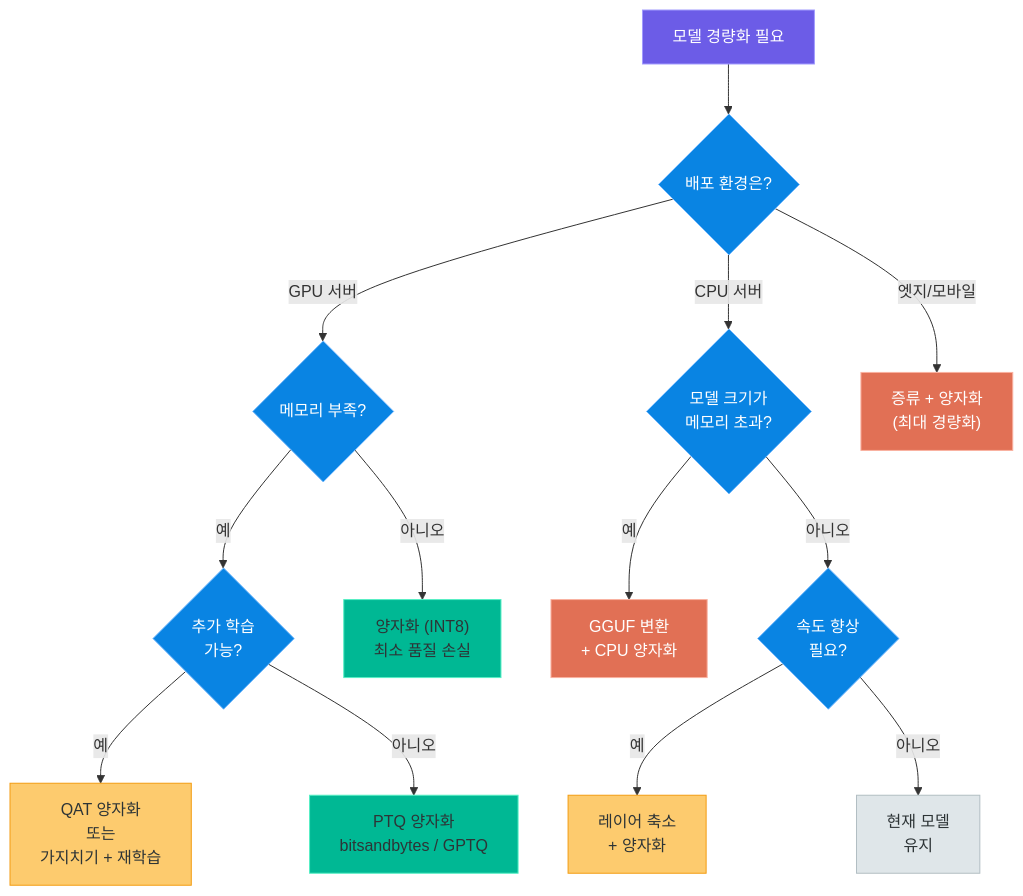
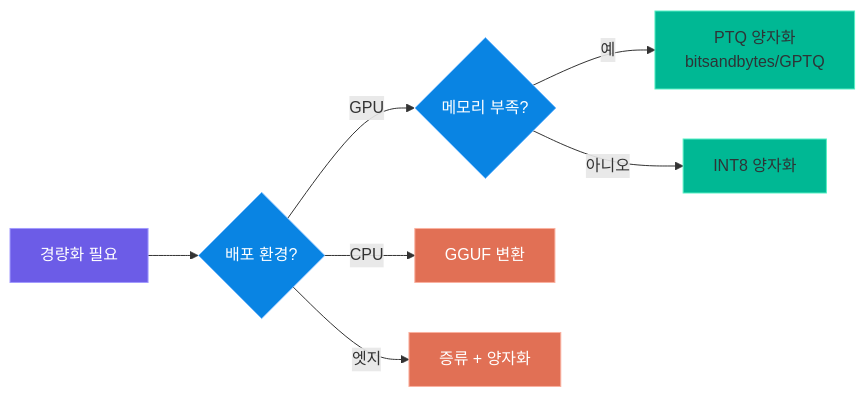
The fourth of 4 diagrams in 0.docs/05_genai_advanced/15_model_optimization.md (lovehyun/tutorial-genai), drawn with Mermaid before and after one commit. The commit also changed other lines of this file and 11 other files, not shown here.

````diff
--- a/0.docs/05_genai_advanced/15_model_optimization.md
+++ b/0.docs/05_genai_advanced/15_model_optimization.md
@@ -759,35 +692,19 @@
 ```mermaid
-flowchart TB
-    Start["모델 경량화 필요"]
-    Start --> Q1{"배포 환경은?"}
+flowchart LR
+    Start["경량화 필요"] --> Q1{"배포 환경?"}
 
-    Q1 -->|"GPU 서버"| Q2{"메모리 부족?"}
-    Q1 -->|"CPU 서버"| Q3{"모델 크기가\n메모리 초과?"}
-    Q1 -->|"엣지/모바일"| Q4["증류 + 양자화\n(최대 경량화)"]
+    Q1 -->|"GPU"| Q2{"메모리 부족?"}
+    Q1 -->|"CPU"| Q9["GGUF 변환"]
+    Q1 -->|"엣지"| Q4["증류 + 양자화"]
 
-    Q2 -->|"예"| Q5{"추가 학습\n가능?"}
-    Q2 -->|"아니오"| Q6["양자화 (INT8)\n최소 품질 손실"]
-
-    Q5 -->|"예"| Q7["QAT 양자화\n또는\n가지치기 + 재학습"]
-    Q5 -->|"아니오"| Q8["PTQ 양자화\nbitsandbytes / GPTQ"]
-
-    Q3 -->|"예"| Q9["GGUF 변환\n+ CPU 양자화"]
-    Q3 -->|"아니오"| Q10{"속도 향상\n필요?"}
-
-    Q10 -->|"예"| Q11["레이어 축소\n+ 양자화"]
-    Q10 -->|"아니오"| Q12["현재 모델\n유지"]
+    Q2 -->|"예"| Q8["PTQ 양자화\nbitsandbytes/GPTQ"]
+    Q2 -->|"아니오"| Q6["INT8 양자화"]
 
     style Start fill:#6c5ce7,stroke:#a29bfe,color:#fff
     style Q1 fill:#0984e3,stroke:#74b9ff,color:#fff
     style Q2 fill:#0984e3,stroke:#74b9ff,color:#fff
-    style Q3 fill:#0984e3,stroke:#74b9ff,color:#fff
     style Q4 fill:#e17055,stroke:#fab1a0,color:#fff
-    style Q5 fill:#0984e3,stroke:#74b9ff,color:#fff
     style Q6 fill:#00b894,stroke:#55efc4,color:#2d3436
-    style Q7 fill:#fdcb6e,stroke:#f39c12,color:#2d3436
     style Q8 fill:#00b894,stroke:#55efc4,color:#2d3436
     style Q9 fill:#e17055,stroke:#fab1a0,color:#fff
-    style Q10 fill:#0984e3,stroke:#74b9ff,color:#fff
-    style Q11 fill:#fdcb6e,stroke:#f39c12,color:#2d3436
-    style Q12 fill:#dfe6e9,stroke:#b2bec3,color:#2d3436
 ```
````
